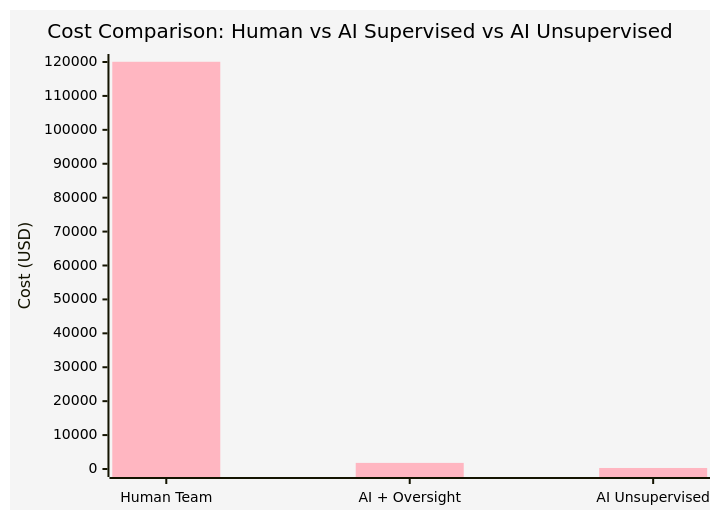
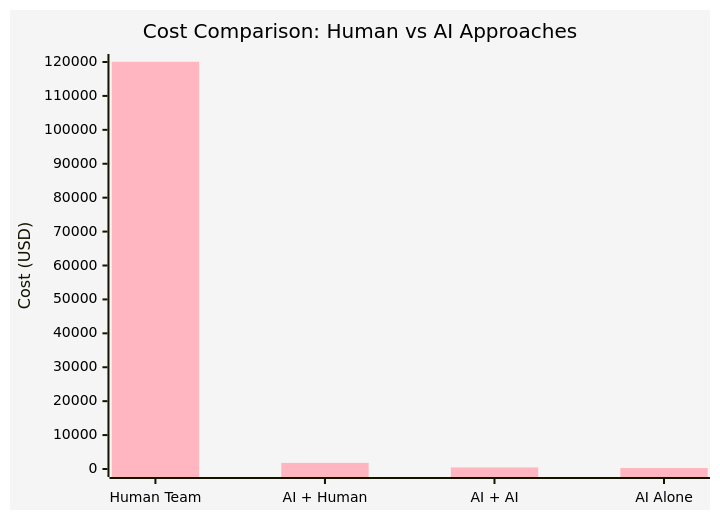
One commit to o2alexanderfedin/AI-Hive-Business-Docs changed the first of 2 diagrams in business-documents/performance-analysis/ai-vs-human-cost-analysis.md. Above: the diagram before and after it, drawn with Mermaid. The commit also changed other lines of this file, not shown here.

First line of the commit message:
feat: Add AI-AI supervision as fourth cost comparison option

````diff
--- a/business-documents/performance-analysis/ai-vs-human-cost-analysis.md
+++ b/business-documents/performance-analysis/ai-vs-human-cost-analysis.md
@@ -110,26 +118,26 @@
 ```mermaid
 %%{init: {
   'theme': 'base',
   'themeVariables': {
     'primaryColor': '#E0E8F0',
     'primaryTextColor': '#000000',
     'primaryBorderColor': '#B0C5D8',
     'lineColor': '#B0C5D8',
     'secondaryColor': '#D5E8E0',
     'background': '#FFFFFF',
     'darkMode': false,
     'xyChart': {
       'backgroundColor': '#F5F5F5',
       'titleColor': '#000000',
       'xAxisLabelColor': '#000000',
       'yAxisLabelColor': '#000000',
       'plotColorPalette': '#FFB6C1,#5DBCB6,#84D4F5'
     }
   }
 }}%%
 xychart-beta
-    title "Cost Comparison: Human vs AI Supervised vs AI Unsupervised"
-    x-axis ["Human Team", "AI + Oversight", "AI Unsupervised"]
+    title "Cost Comparison: Human vs AI Approaches"
+    x-axis ["Human Team", "AI + Human", "AI + AI", "AI Alone"]
     y-axis "Cost (USD)" 0 --> 120000
-    bar [120065, 1800, 300]
+    bar [120065, 1800, 450, 300]
 ```
````
